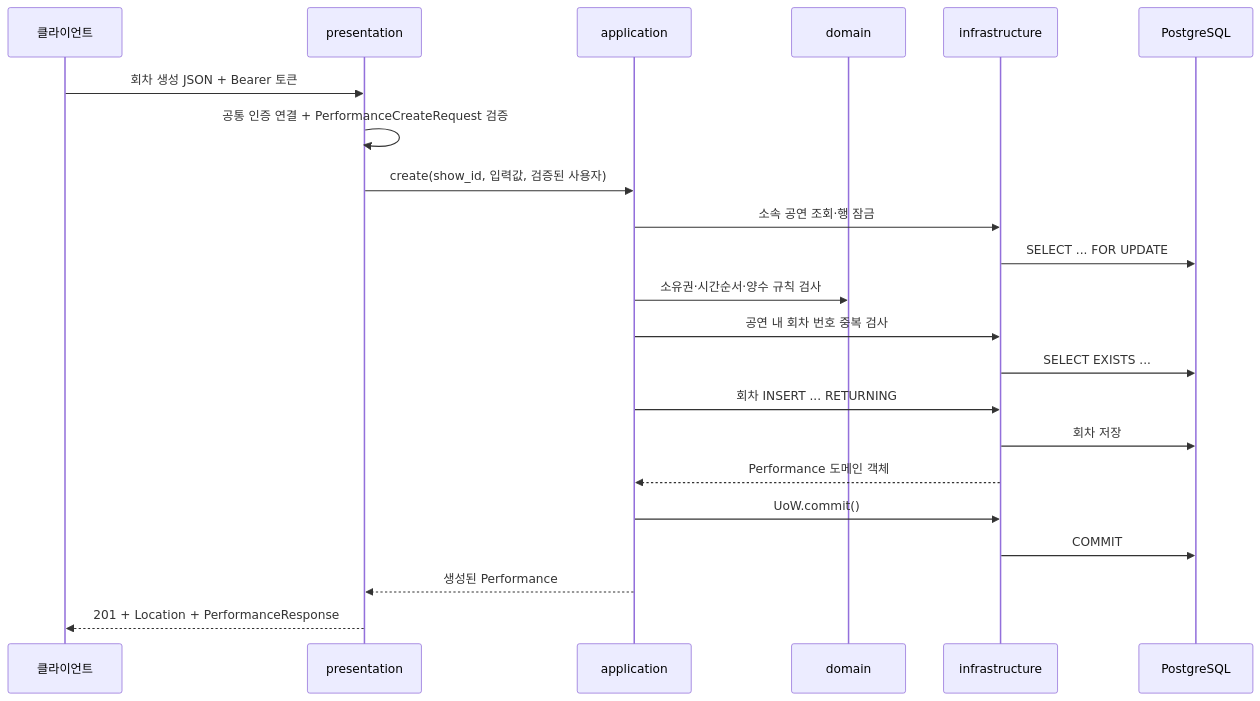
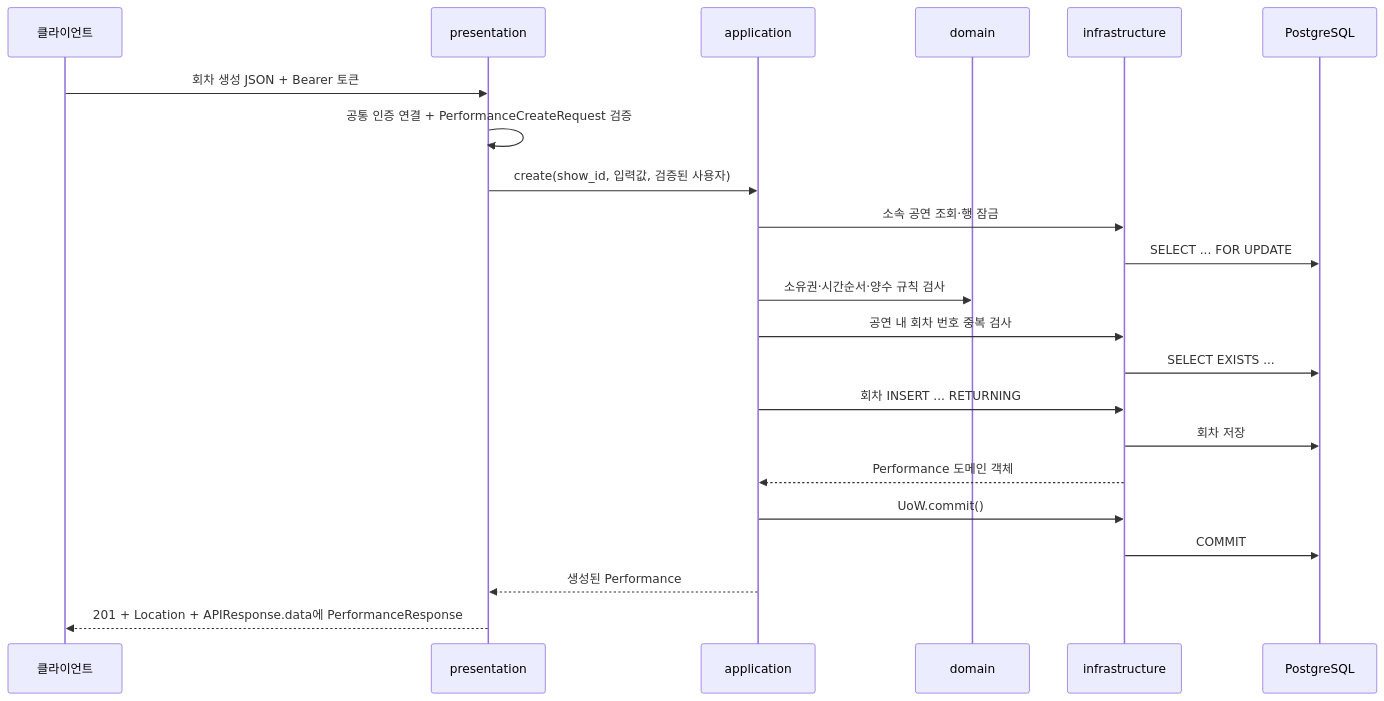
One commit to axfehlerlee/AsyncTicket-Jinja2- changed the diagram in AsyncTicket/docs/four-layer-guide.md. Above: the diagram before and after it, drawn with Mermaid. The commit also changed other lines of this file and 12 other files, not shown here.

````diff
--- a/AsyncTicket/docs/four-layer-guide.md
+++ b/AsyncTicket/docs/four-layer-guide.md
@@ -47,24 +48,24 @@
 ```mermaid
 sequenceDiagram
     participant C as 클라이언트
     participant P as presentation
     participant A as application
     participant D as domain
     participant I as infrastructure
     participant DB as PostgreSQL
     C->>P: 회차 생성 JSON + Bearer 토큰
     P->>P: 공통 인증 연결 + PerformanceCreateRequest 검증
     P->>A: create(show_id, 입력값, 검증된 사용자)
     A->>I: 소속 공연 조회·행 잠금
     I->>DB: SELECT ... FOR UPDATE
     A->>D: 소유권·시간순서·양수 규칙 검사
     A->>I: 공연 내 회차 번호 중복 검사
     I->>DB: SELECT EXISTS ...
     A->>I: 회차 INSERT ... RETURNING
     I->>DB: 회차 저장
     I-->>A: Performance 도메인 객체
     A->>I: UoW.commit()
     I->>DB: COMMIT
     A-->>P: 생성된 Performance
-    P-->>C: 201 + Location + PerformanceResponse
+    P-->>C: 201 + Location + APIResponse.data에 PerformanceResponse
 ```
````
